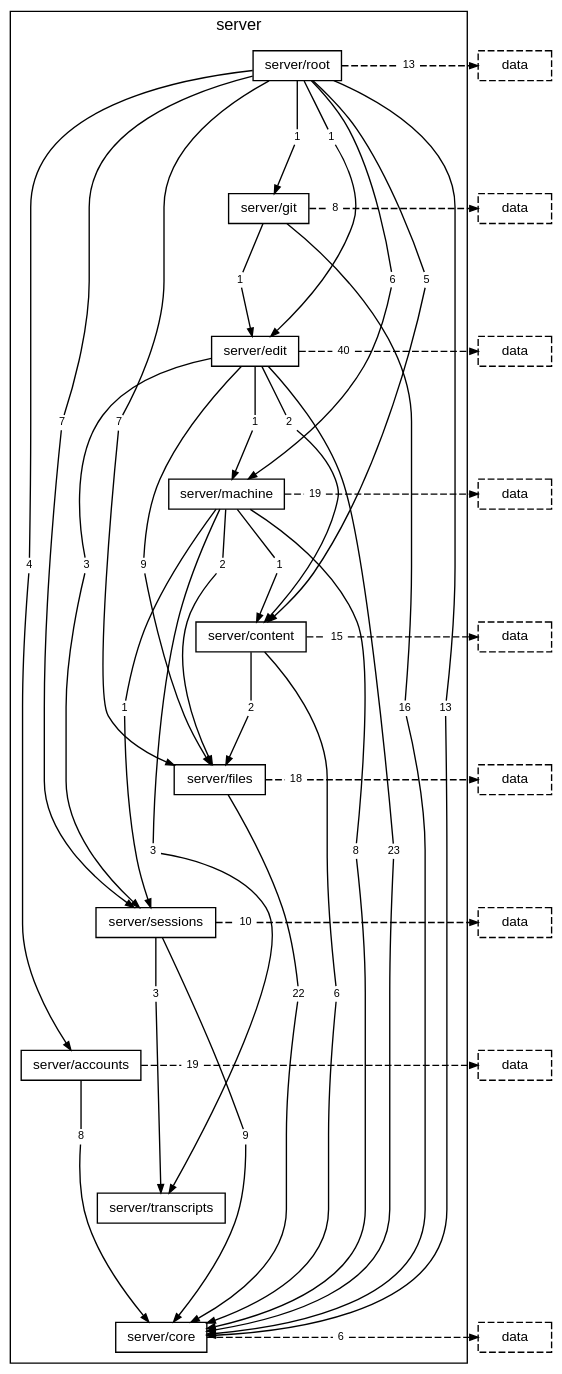
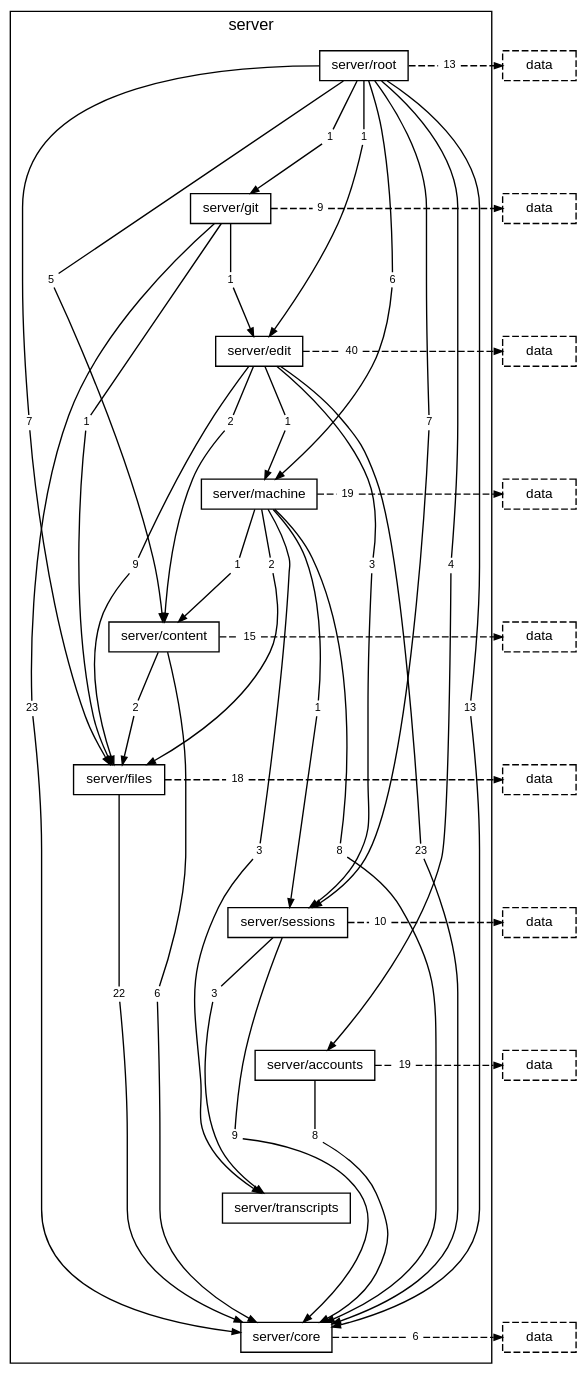
One commit to TheAxeC/oculus changed the diagram in docs/diagrams/layer-server.dot. Above: the diagram before and after it, drawn with Graphviz. The commit also changed 182 other files, not shown here.

```diff
--- a/docs/diagrams/layer-server.dot
+++ b/docs/diagrams/layer-server.dot
@@ -23,9 +23,10 @@
         "folder server/root to folder server/machine" [label="6", shape=box, color="transparent", fontsize=8, width=0, height=0, margin="0.04,0.02"];
         "folder server/root to folder server/sessions" [label="7", shape=box, color="transparent", fontsize=8, width=0, height=0, margin="0.04,0.02"];
         "folder server/root to layer data" [label="13", shape=box, color="transparent", fontsize=8, width=0, height=0, margin="0.04,0.02"];
-        "folder server/git to folder server/core" [label="16", shape=box, color="transparent", fontsize=8, width=0, height=0, margin="0.04,0.02"];
+        "folder server/git to folder server/core" [label="23", shape=box, color="transparent", fontsize=8, width=0, height=0, margin="0.04,0.02"];
         "folder server/git to folder server/edit" [label="1", shape=box, color="transparent", fontsize=8, width=0, height=0, margin="0.04,0.02"];
-        "folder server/git to layer data" [label="8", shape=box, color="transparent", fontsize=8, width=0, height=0, margin="0.04,0.02"];
+        "folder server/git to folder server/files" [label="1", shape=box, color="transparent", fontsize=8, width=0, height=0, margin="0.04,0.02"];
+        "folder server/git to layer data" [label="9", shape=box, color="transparent", fontsize=8, width=0, height=0, margin="0.04,0.02"];
         "folder server/edit to folder server/content" [label="2", shape=box, color="transparent", fontsize=8, width=0, height=0, margin="0.04,0.02"];
         "folder server/edit to folder server/core" [label="23", shape=box, color="transparent", fontsize=8, width=0, height=0, margin="0.04,0.02"];
         "folder server/edit to folder server/files" [label="9", shape=box, color="transparent", fontsize=8, width=0, height=0, margin="0.04,0.02"];
@@ -91,6 +92,8 @@
     "folder server/git to folder server/core" -> "folder server/core" [];
     "folder server/git" -> "folder server/git to folder server/edit" [arrowhead=none, minlen=1, weight=10];
     "folder server/git to folder server/edit" -> "folder server/edit" [];
+    "folder server/git" -> "folder server/git to folder server/files" [arrowhead=none, minlen=3, weight=10];
+    "folder server/git to folder server/files" -> "folder server/files" [];
     "folder server/git" -> "folder server/git to layer data" [arrowhead=none, style=dashed];
     "folder server/git to layer data" -> "layer data from folder server/git" [style=dashed];
     { rank=same; "folder server/git"; "folder server/git to layer data"; "layer data from folder server/git"; }
```
